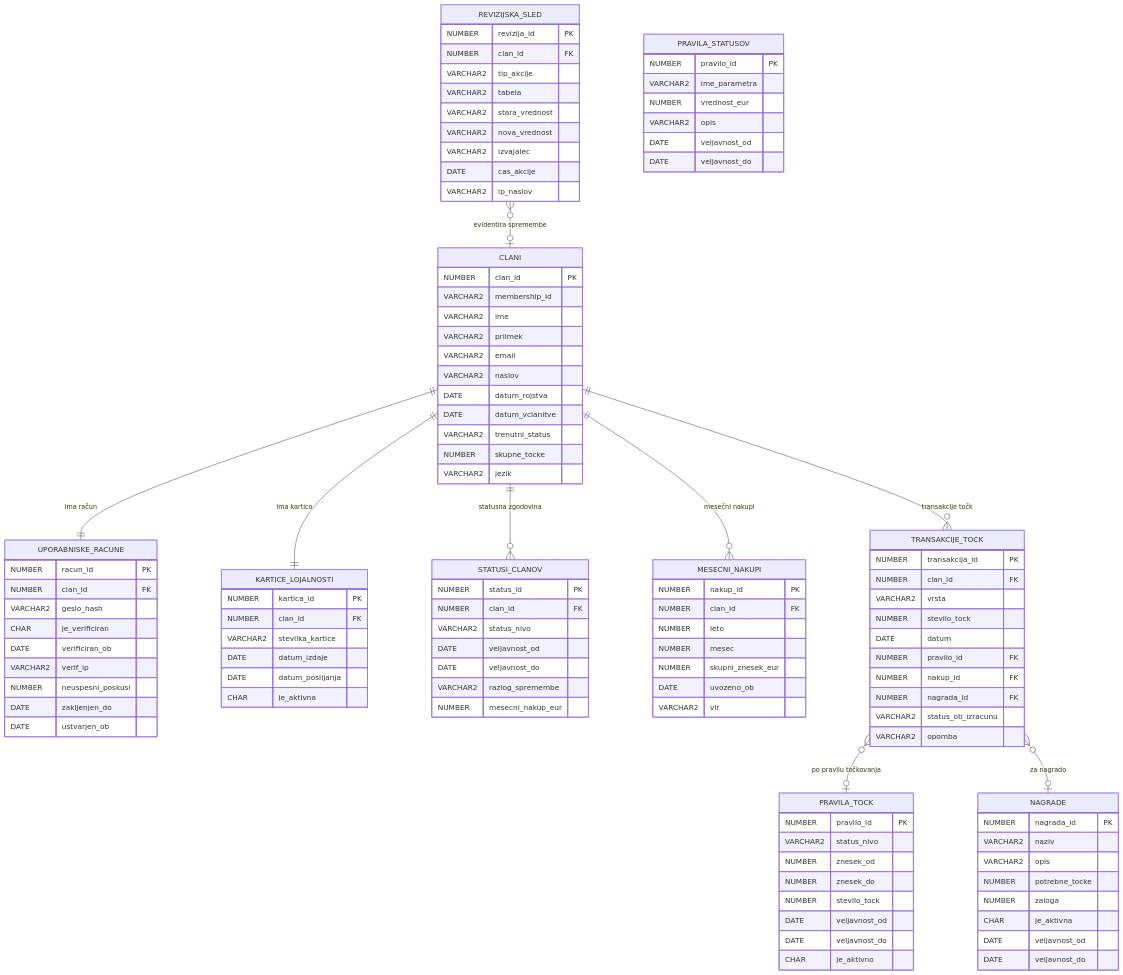
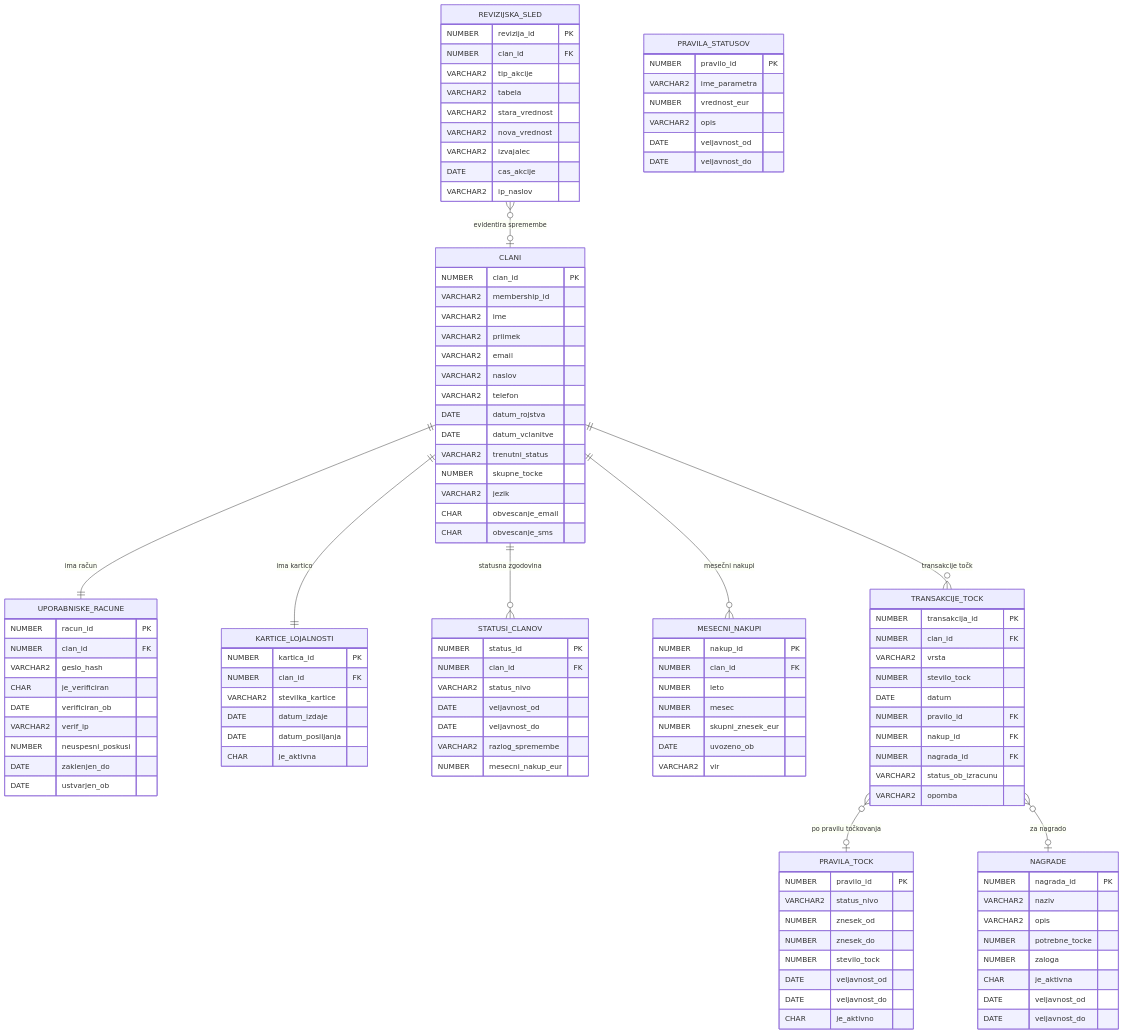
The diagram in README.md (tealted/ris-predavanje), drawn with Mermaid before and after one commit. The commit also changed other lines of this file, not shown here.

```diff
--- a/README.md
+++ b/README.md
@@ -857,11 +906,14 @@
     VARCHAR2 priimek
     VARCHAR2 email
     VARCHAR2 naslov
+    VARCHAR2 telefon
     DATE datum_rojstva
     DATE datum_vclanitve
     VARCHAR2 trenutni_status
     NUMBER skupne_tocke
     VARCHAR2 jezik
+    CHAR obvescanje_email
+    CHAR obvescanje_sms
   }
 
   UPORABNISKE_RACUNE {
@@ -872,7 +924,7 @@
     DATE verificiran_ob
     VARCHAR2 verif_ip
     NUMBER neuspesni_poskusi
-    DATE zakljenjen_do
+    DATE zaklenjen_do
     DATE ustvarjen_ob
   }
 
```
